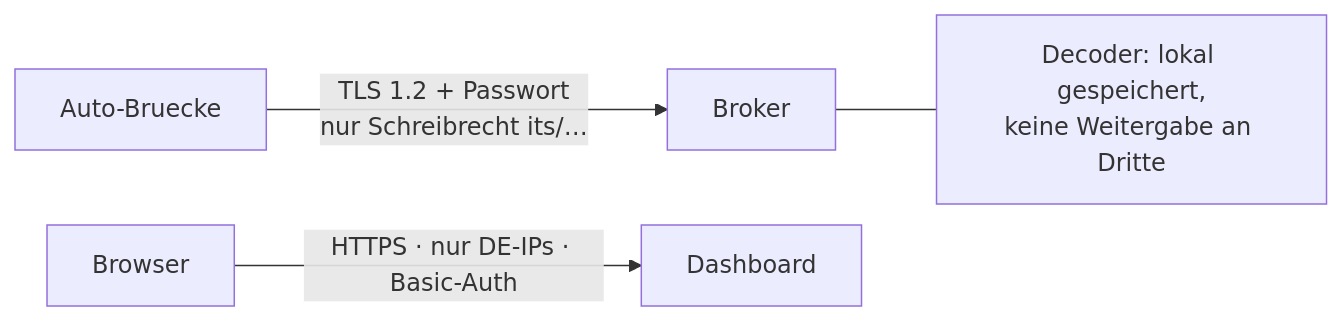
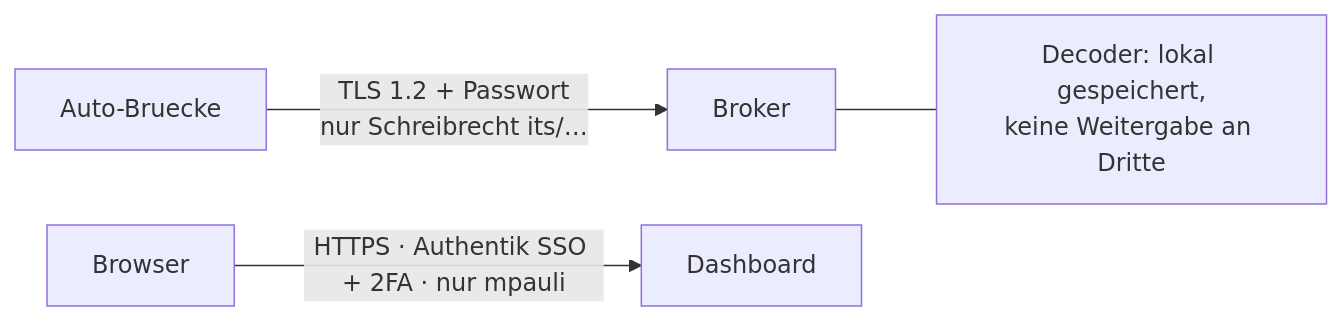
The diagram in docs/diagrams/00-architektur-4.mmd (icepaule/Ice-Traffic-Data), drawn with Mermaid before and after one commit. The commit also changed 9 other files, not shown here.

Commit message:
Dashboard hinter Authentik SSO+2FA (nur mpauli); MQTT-TLS bleibt direkt

```diff
--- a/docs/diagrams/00-architektur-4.mmd
+++ b/docs/diagrams/00-architektur-4.mmd
@@ -1,4 +1,4 @@
 flowchart LR
     A["Auto-Bruecke"] -- "TLS 1.2 + Passwort<br/>nur Schreibrecht its/…" --> B["Broker"]
-    C["Browser"] -- "HTTPS · nur DE-IPs · Basic-Auth" --> D["Dashboard"]
+    C["Browser"] -- "HTTPS · Authentik SSO + 2FA · nur mpauli" --> D["Dashboard"]
     B --- E["Decoder: lokal gespeichert,<br/>keine Weitergabe an Dritte"]
```
